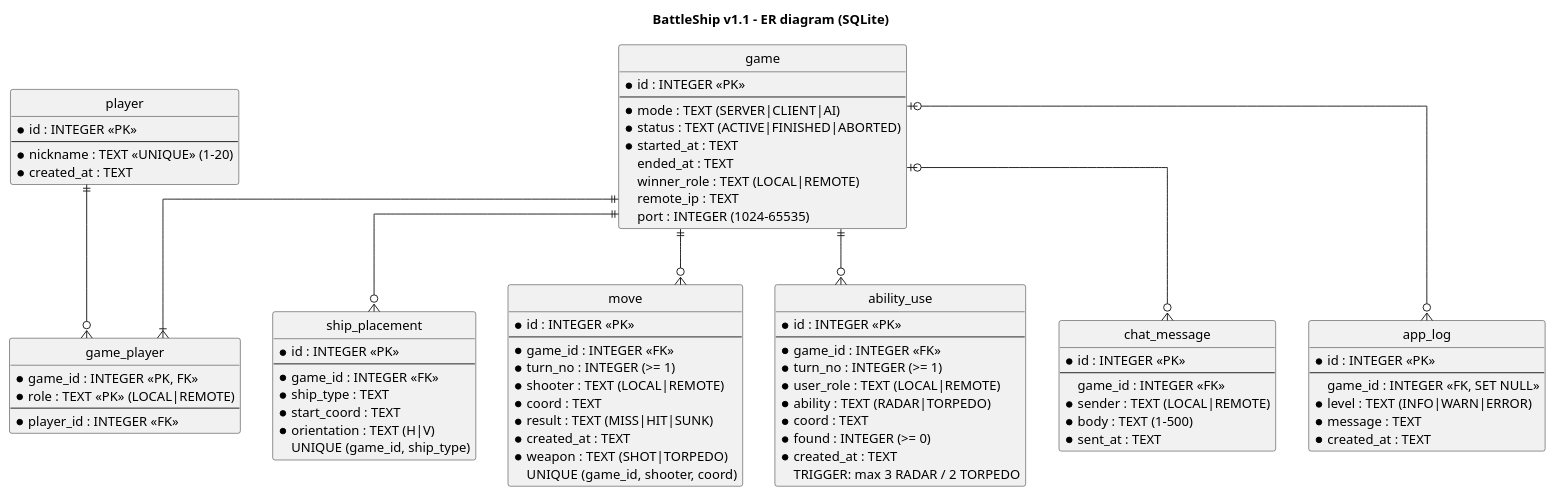
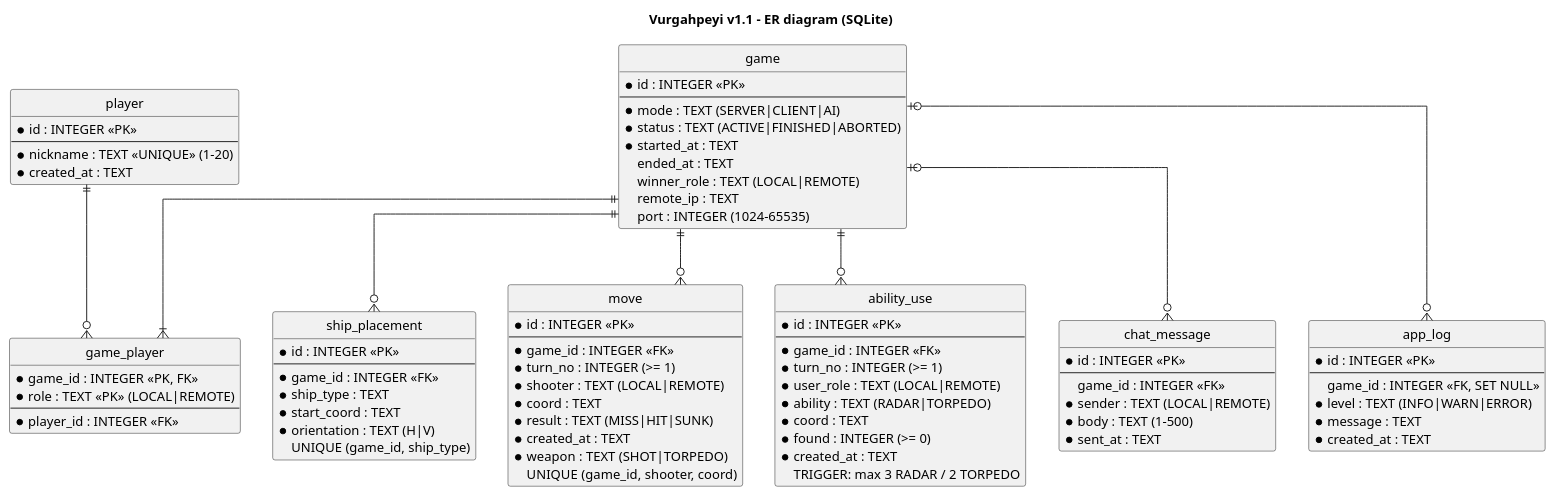
Before and after one commit to okantao/vurgahpeyi: the diagram in docs/diagrams/er.puml, drawn with PlantUML. The commit also changed 13 other files, not shown here.

```diff
--- a/docs/diagrams/er.puml
+++ b/docs/diagrams/er.puml
@@ -1,93 +1,93 @@
 @startuml er
-title BattleShip v1.1 - ER diagram (SQLite)
+title Vurgahpeyi v1.1 - ER diagram (SQLite)
 hide circle
 skinparam linetype ortho
 
 entity player {
   * id : INTEGER <<PK>>
   --
   * nickname : TEXT <<UNIQUE>> (1-20)
   * created_at : TEXT
 }
 
 entity game {
   * id : INTEGER <<PK>>
   --
   * mode : TEXT (SERVER|CLIENT|AI)
   * status : TEXT (ACTIVE|FINISHED|ABORTED)
   * started_at : TEXT
   ended_at : TEXT
   winner_role : TEXT (LOCAL|REMOTE)
   remote_ip : TEXT
   port : INTEGER (1024-65535)
 }
 
 entity game_player {
   * game_id : INTEGER <<PK, FK>>
   * role : TEXT <<PK>> (LOCAL|REMOTE)
   --
   * player_id : INTEGER <<FK>>
 }
 
 entity ship_placement {
   * id : INTEGER <<PK>>
   --
   * game_id : INTEGER <<FK>>
   * ship_type : TEXT
   * start_coord : TEXT
   * orientation : TEXT (H|V)
   UNIQUE (game_id, ship_type)
 }
 
 entity move {
   * id : INTEGER <<PK>>
   --
   * game_id : INTEGER <<FK>>
   * turn_no : INTEGER (>= 1)
   * shooter : TEXT (LOCAL|REMOTE)
   * coord : TEXT
   * result : TEXT (MISS|HIT|SUNK)
   * created_at : TEXT
   * weapon : TEXT (SHOT|TORPEDO)
   UNIQUE (game_id, shooter, coord)
 }
 
 entity ability_use {
   * id : INTEGER <<PK>>
   --
   * game_id : INTEGER <<FK>>
   * turn_no : INTEGER (>= 1)
   * user_role : TEXT (LOCAL|REMOTE)
   * ability : TEXT (RADAR|TORPEDO)
   * coord : TEXT
   * found : INTEGER (>= 0)
   * created_at : TEXT
   TRIGGER: max 3 RADAR / 2 TORPEDO
 }
 
 entity chat_message {
   * id : INTEGER <<PK>>
   --
   game_id : INTEGER <<FK>>
   * sender : TEXT (LOCAL|REMOTE)
   * body : TEXT (1-500)
   * sent_at : TEXT
 }
 
 entity app_log {
   * id : INTEGER <<PK>>
   --
   game_id : INTEGER <<FK, SET NULL>>
   * level : TEXT (INFO|WARN|ERROR)
   * message : TEXT
   * created_at : TEXT
 }
 
 player ||--o{ game_player
 game ||--|{ game_player
 game ||--o{ ship_placement
 game ||--o{ move
 game ||--o{ ability_use
 game |o--o{ chat_message
 game |o--o{ app_log
 @enduml
```
